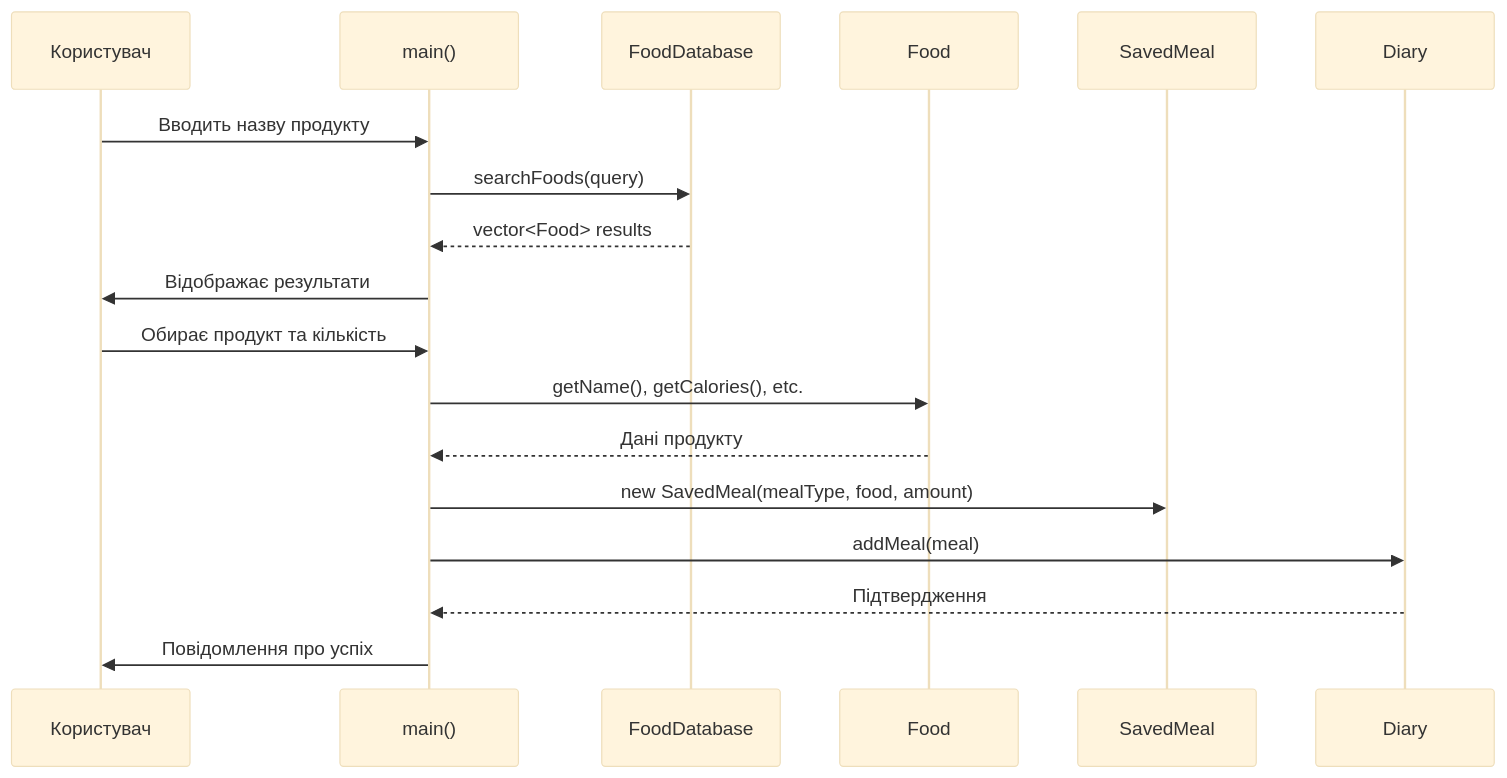
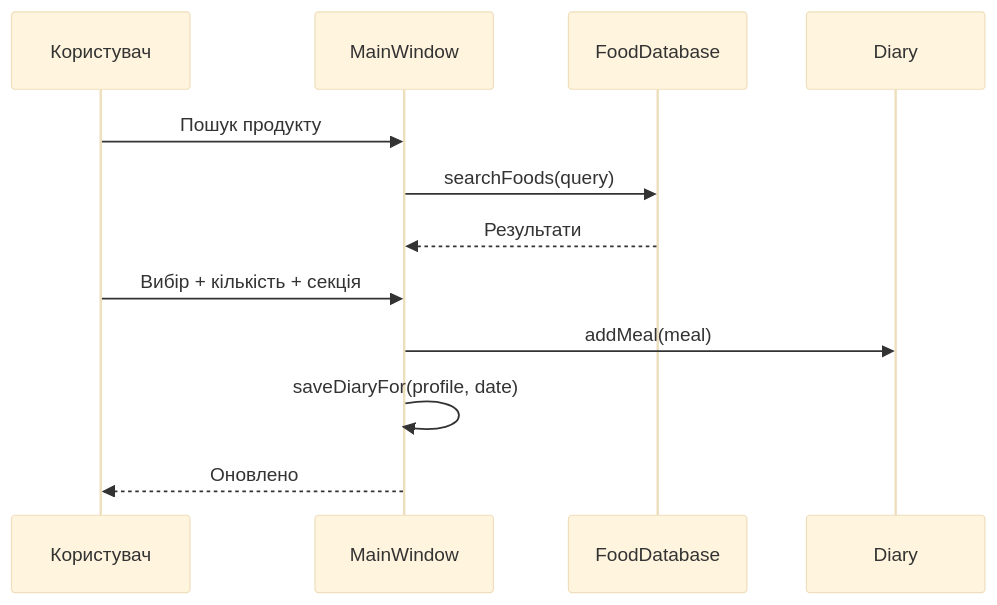
One commit to zekapele/CalorieCalc changed the first of 5 diagrams in docs/SequenceDiagram.md. Above: the diagram before and after it, drawn with Mermaid (base theme). The commit also changed other lines of this file and 36 other files, not shown here.

Commit message:
Add advanced features: SQLite support, QChart graphs, category filters, improved themes, CSV import/export, enhanced logging

````diff
--- a/docs/SequenceDiagram.md
+++ b/docs/SequenceDiagram.md
@@ -5,21 +7,15 @@
 ```mermaid
 sequenceDiagram
     participant User as Користувач
-    participant Main as main()
+    participant GUI as MainWindow
     participant DB as FoodDatabase
-    participant Food as Food
-    participant Meal as SavedMeal
     participant Diary as Diary
-    
-    User->>Main: Вводить назву продукту
-    Main->>DB: searchFoods(query)
-    DB-->>Main: vector<Food> results
-    Main->>User: Відображає результати
-    User->>Main: Обирає продукт та кількість
-    Main->>Food: getName(), getCalories(), etc.
-    Food-->>Main: Дані продукту
-    Main->>Meal: new SavedMeal(mealType, food, amount)
-    Main->>Diary: addMeal(meal)
-    Diary-->>Main: Підтвердження
-    Main->>User: Повідомлення про успіх
+
+    User->>GUI: Пошук продукту
+    GUI->>DB: searchFoods(query)
+    DB-->>GUI: Результати
+    User->>GUI: Вибір + кількість + секція
+    GUI->>Diary: addMeal(meal)
+    GUI->>GUI: saveDiaryFor(profile, date)
+    GUI-->>User: Оновлено
 ```
````
